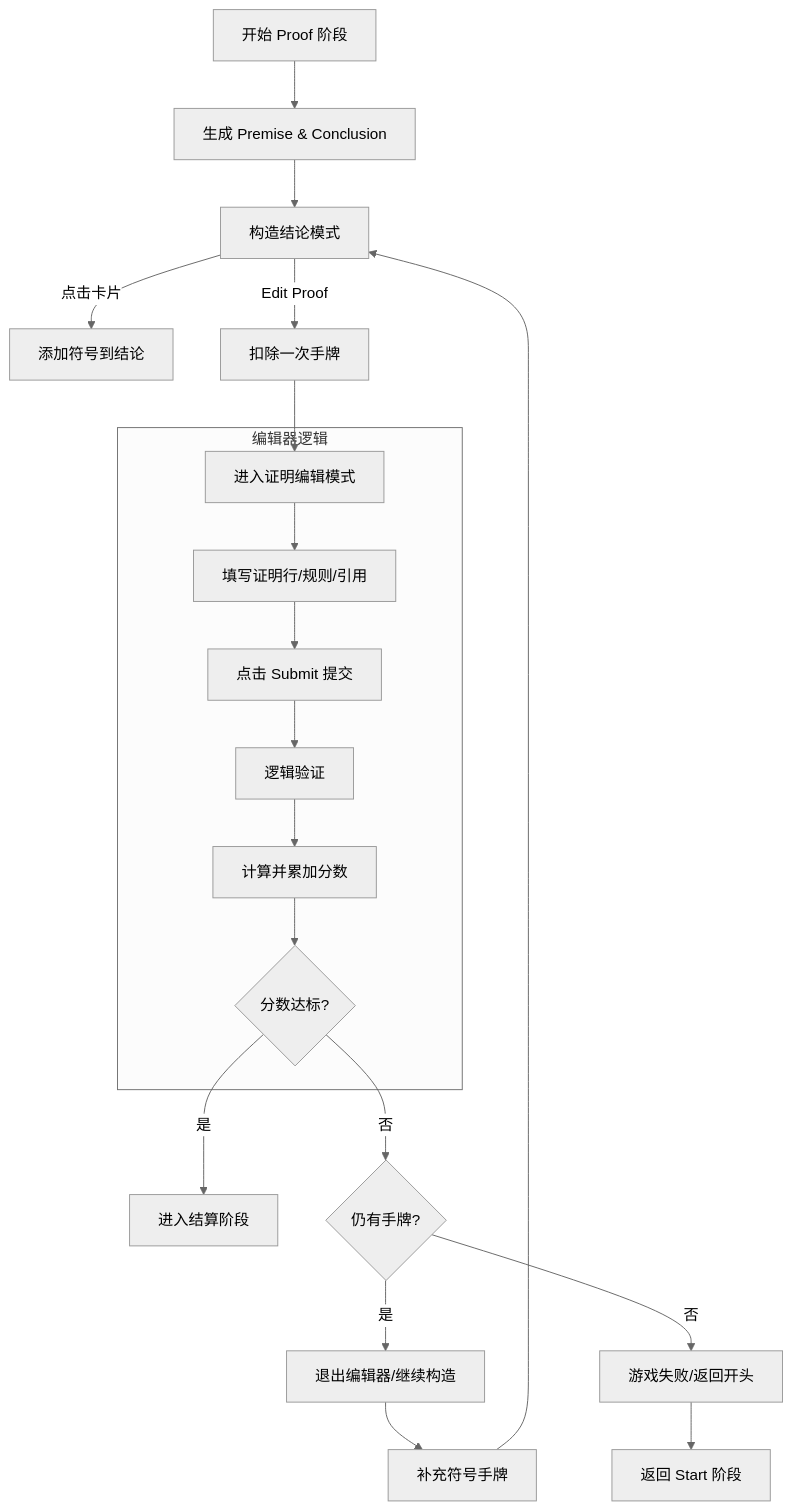
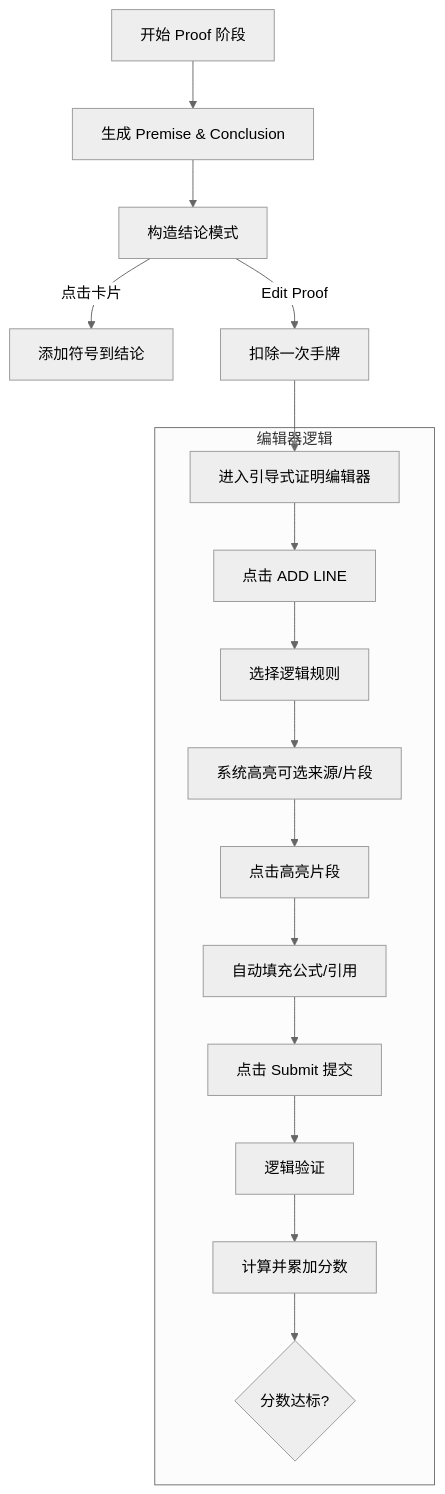
The diagram in design_doc/2.3 Feature - Proof Phase.md (lilzcyyds-alt/boolatro), drawn with Mermaid (neutral theme) before and after one commit. The commit also changed other lines of this file and 12 other files, not shown here.

Commit message:
fixed proof phase flow. now looks correct

````diff
--- a/design_doc/2.3 Feature - Proof Phase.md
+++ b/design_doc/2.3 Feature - Proof Phase.md
@@ -9,25 +9,20 @@
 ```mermaid
 graph TD
     Start[开始 Proof 阶段] --> GenTask[生成 Premise & Conclusion]
     GenTask --> BuildStage[构造结论模式]
     BuildStage -->|点击卡片| AddToken[添加符号到结论]
     BuildStage -->|Edit Proof| DeductHand[扣除一次手牌]
-    DeductHand --> ProofEditor[进入证明编辑模式]
+    DeductHand --> ProofEditor[进入引导式证明编辑器]
     
     subgraph Editor [编辑器逻辑]
-        ProofEditor --> EditLines[填写证明行/规则/引用]
-        EditLines --> Submit[点击 Submit 提交]
+        ProofEditor --> StartFlow[点击 ADD LINE]
+        StartFlow --> SelectRule[选择逻辑规则]
+        SelectRule --> HighlightSources[系统高亮可选来源/片段]
+        HighlightSources --> PickSource[点击高亮片段]
+        PickSource --> AutoFill[自动填充公式/引用]
+        AutoFill --> Submit[点击 Submit 提交]
         Submit --> Validate[逻辑验证]
         Validate --> Score[计算并累加分数]
         Score --> GoalCheck{分数达标?}
     end
-
-    GoalCheck -->|是| Cashout[进入结算阶段]
-    GoalCheck -->|否| HandCheck{仍有手牌?}
-    HandCheck -->|是| ExitEditor[退出编辑器/继续构造]
-    HandCheck -->|否| Fail[游戏失败/返回开头]
-    
-    ExitEditor --> RefillHand[补充符号手牌]
-    RefillHand --> BuildStage
-    Fail --> StartStage[返回 Start 阶段]
 ```
````
